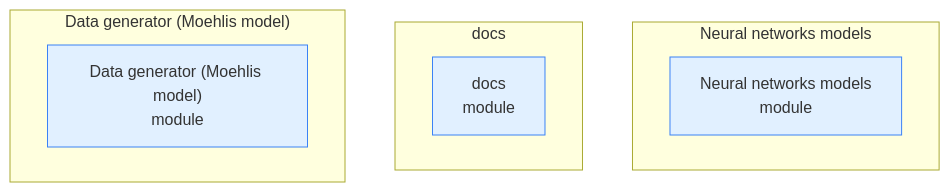
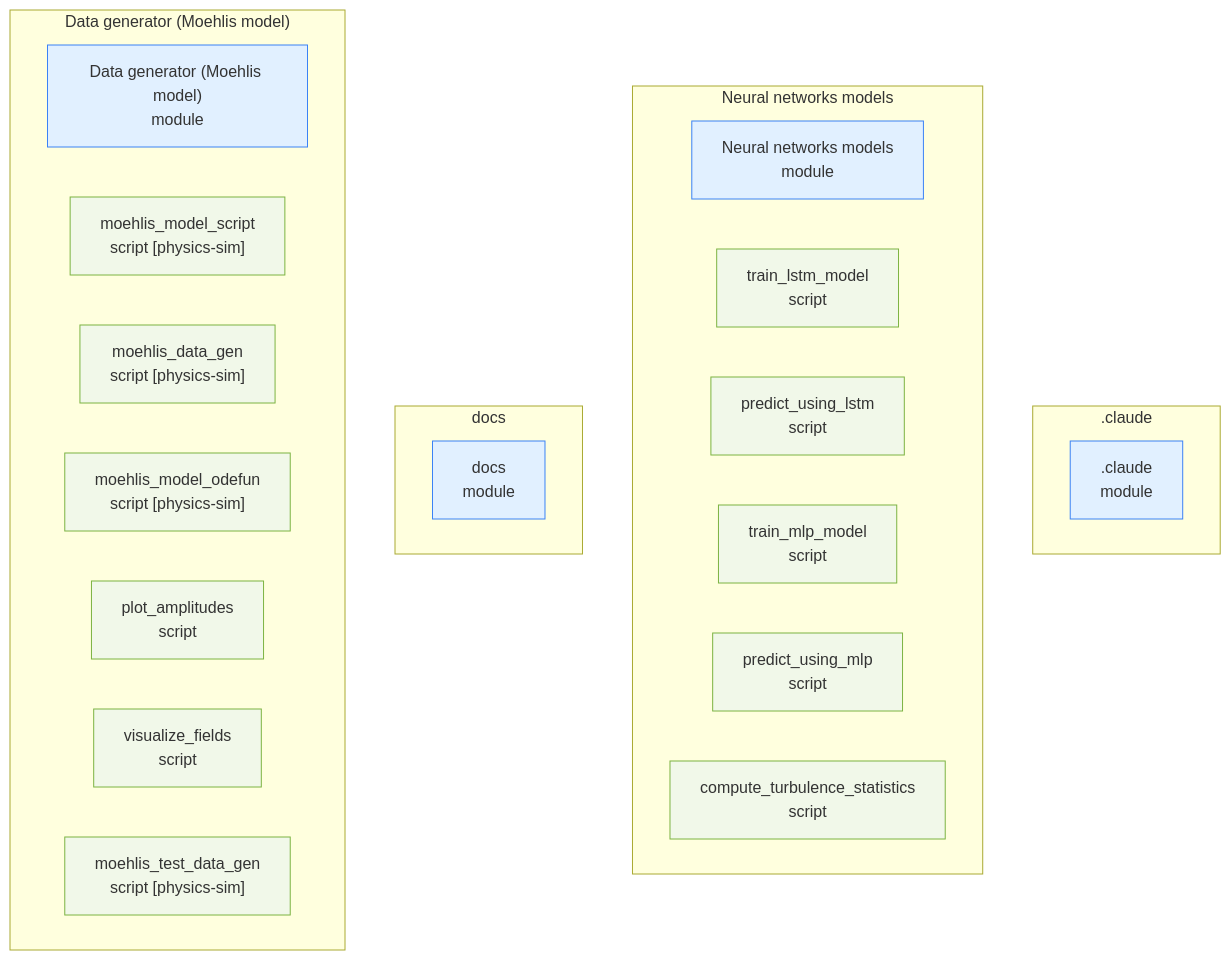
Before and after one commit to vamsigudipati/DeepTurbulence: the first of 2 diagrams in docs/guides/topology.md, drawn with Mermaid. The commit also changed other lines of this file and 5 other files, not shown here.

````diff
--- a/docs/guides/topology.md
+++ b/docs/guides/topology.md
@@ -9,15 +9,41 @@
 ```mermaid
 graph TD
+    subgraph sg__claude[".claude"]
+        claude[".claude<br/>module"]
+        style claude fill:#e1f0ff,stroke:#3b82f6
+    end
     subgraph sg_Neural_networks_models["Neural networks models"]
         Neural_networks_models["Neural networks models<br/>module"]
         style Neural_networks_models fill:#e1f0ff,stroke:#3b82f6
+        train_lstm_model["train_lstm_model<br/>script"]
+        style train_lstm_model fill:#f1f8e9,stroke:#7cb342
+        predict_using_lstm["predict_using_lstm<br/>script"]
+        style predict_using_lstm fill:#f1f8e9,stroke:#7cb342
+        train_mlp_model["train_mlp_model<br/>script"]
+        style train_mlp_model fill:#f1f8e9,stroke:#7cb342
+        predict_using_mlp["predict_using_mlp<br/>script"]
+        style predict_using_mlp fill:#f1f8e9,stroke:#7cb342
+        compute_turbulence_statistics["compute_turbulence_statistics<br/>script"]
+        style compute_turbulence_statistics fill:#f1f8e9,stroke:#7cb342
     end
     subgraph sg_docs["docs"]
         docs["docs<br/>module"]
         style docs fill:#e1f0ff,stroke:#3b82f6
     end
     subgraph sg_Data_generator_Moehlis_model["Data generator (Moehlis model)"]
         Data_generator_Moehlis_model["Data generator (Moehlis model)<br/>module"]
         style Data_generator_Moehlis_model fill:#e1f0ff,stroke:#3b82f6
+        moehlis_model_script["moehlis_model_script<br/>script [physics-sim]"]
+        style moehlis_model_script fill:#f1f8e9,stroke:#7cb342
+        moehlis_data_gen["moehlis_data_gen<br/>script [physics-sim]"]
+        style moehlis_data_gen fill:#f1f8e9,stroke:#7cb342
+        moehlis_model_odefun["moehlis_model_odefun<br/>script [physics-sim]"]
+        style moehlis_model_odefun fill:#f1f8e9,stroke:#7cb342
+        plot_amplitudes["plot_amplitudes<br/>script"]
+        style plot_amplitudes fill:#f1f8e9,stroke:#7cb342
+        visualize_fields["visualize_fields<br/>script"]
+        style visualize_fields fill:#f1f8e9,stroke:#7cb342
+        moehlis_test_data_gen["moehlis_test_data_gen<br/>script [physics-sim]"]
+        style moehlis_test_data_gen fill:#f1f8e9,stroke:#7cb342
     end
 ```
````
